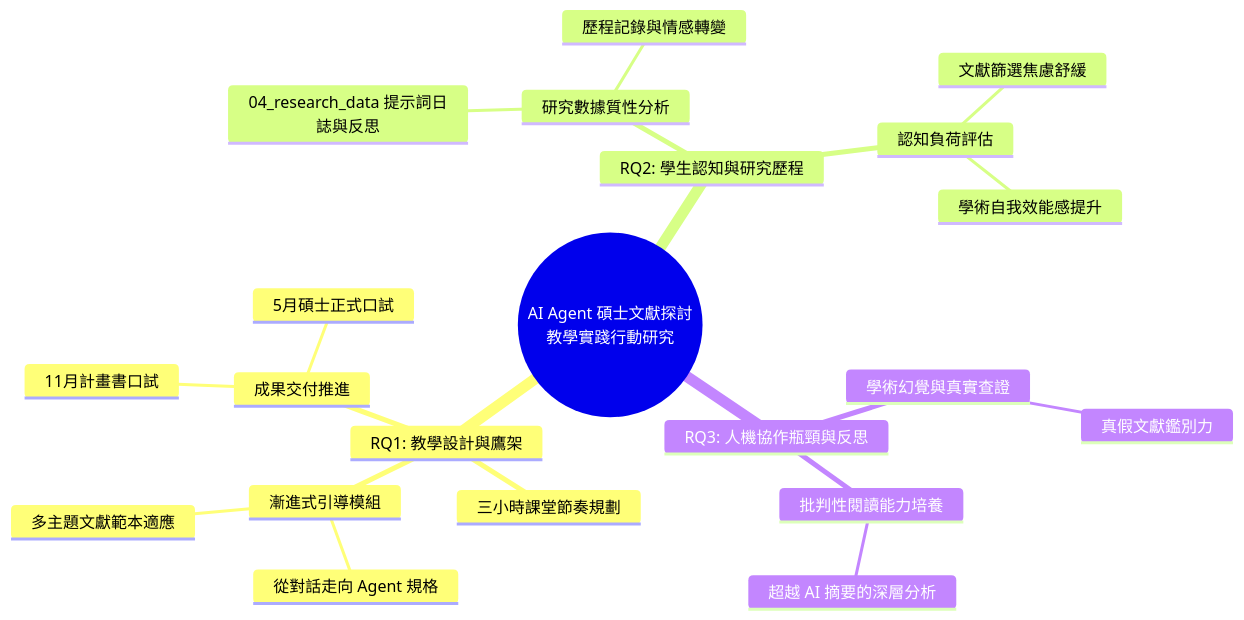
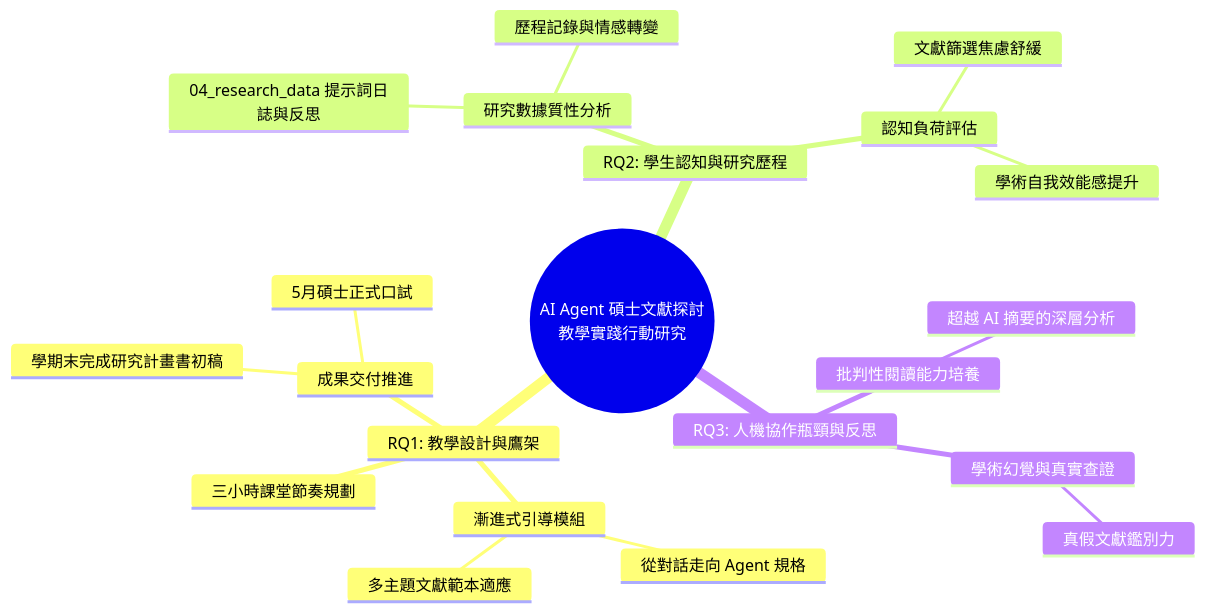
One commit to sungchien/literature_agent changed the fourth of 4 diagrams in 01_課程介紹.md. Above: the diagram before and after it, drawn with Mermaid. The commit also changed other lines of this file and 27 other files, not shown here.

````diff
--- a/01_課程介紹.md
+++ b/01_課程介紹.md
@@ -344,25 +344,25 @@
 ```mermaid
 mindmap
   root((AI Agent 碩士文獻探討<br/>教學實踐行動研究))
     RQ1: 教學設計與鷹架
       三小時課堂節奏規劃
       漸進式引導模組
         從對話走向 Agent 規格
         多主題文獻範本適應
       成果交付推進
-        11月計畫書口試
+        學期末完成研究計畫書初稿
         5月碩士正式口試
     RQ2: 學生認知與研究歷程
       研究數據質性分析
         04_research_data 提示詞日誌與反思
         歷程記錄與情感轉變
       認知負荷評估
         文獻篩選焦慮舒緩
         學術自我效能感提升
     RQ3: 人機協作瓶頸與反思
       學術幻覺與真實查證
         真假文獻鑑別力
       批判性閱讀能力培養
         超越 AI 摘要的深層分析
 
 ```
````
